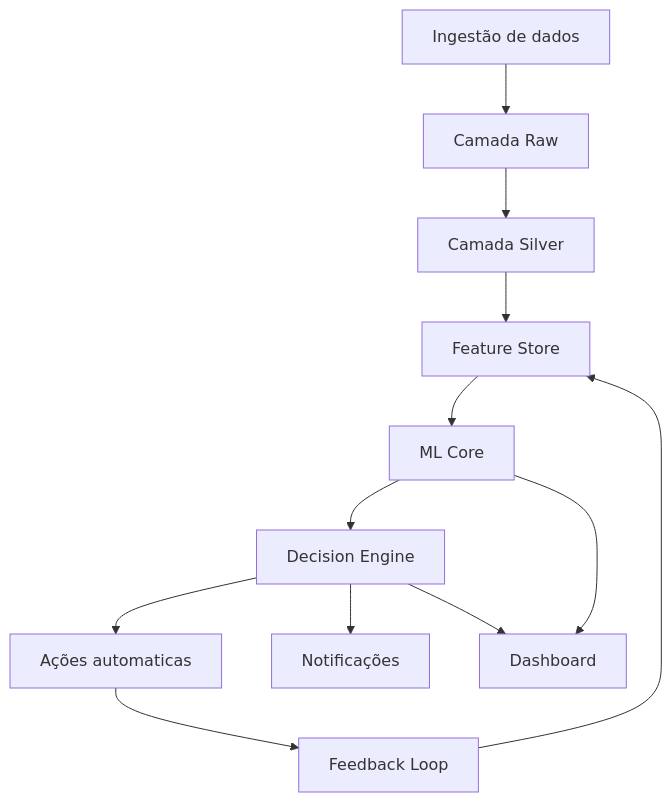
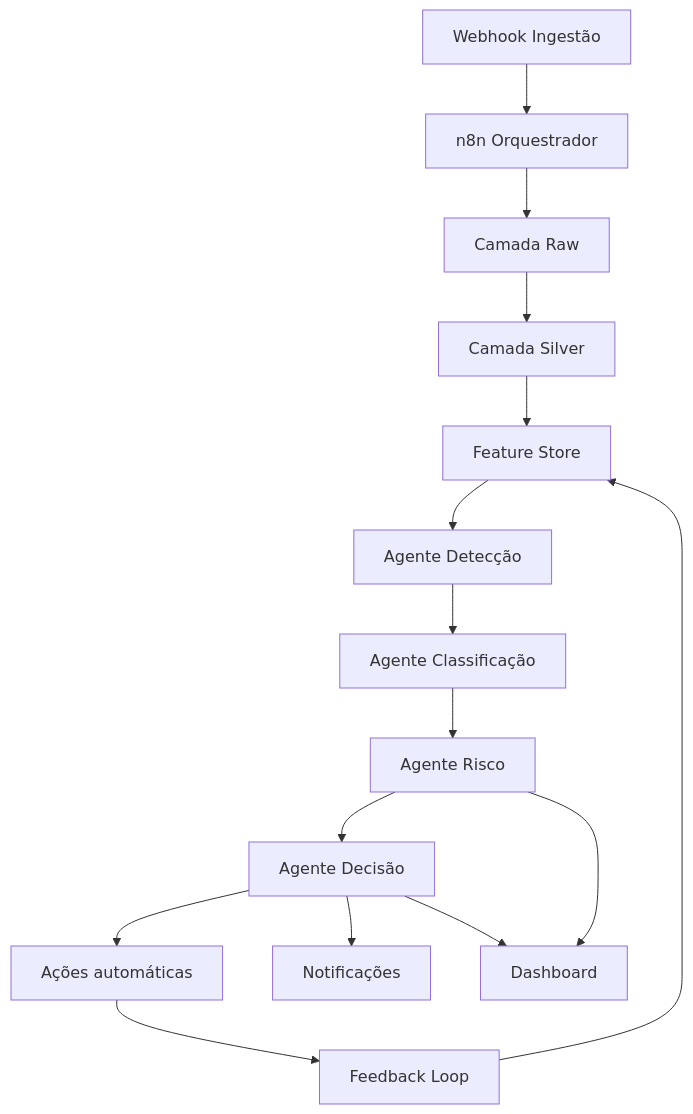
Before and after one commit to murylomarques/AI_Network_Guardian: the first of 5 diagrams in README.md, drawn with Mermaid. The commit also changed other lines of this file, not shown here.

````diff
--- a/README.md
+++ b/README.md
@@ -129,14 +129,17 @@
 ```mermaid
 flowchart TB
-  A[Ingestão de dados] --> B[Camada Raw]
-  B --> C[Camada Silver]
-  C --> D[Feature Store]
-  D --> E[ML Core]
-  E --> F[Decision Engine]
-  F --> G[Ações automaticas]
-  F --> H[Notificações]
-  E --> I[Dashboard]
-  F --> I
-  G --> J[Feedback Loop]
-  J --> D
+  A[Webhook Ingestão] --> B[n8n Orquestrador]
+  B --> C[Camada Raw]
+  C --> D[Camada Silver]
+  D --> E[Feature Store]
+  E --> F[Agente Detecção]
+  F --> G[Agente Classificação]
+  G --> H[Agente Risco]
+  H --> I[Agente Decisão]
+  I --> J[Ações automáticas]
+  I --> K[Notificações]
+  H --> L[Dashboard]
+  I --> L
+  J --> M[Feedback Loop]
+  M --> E
 ```
````
